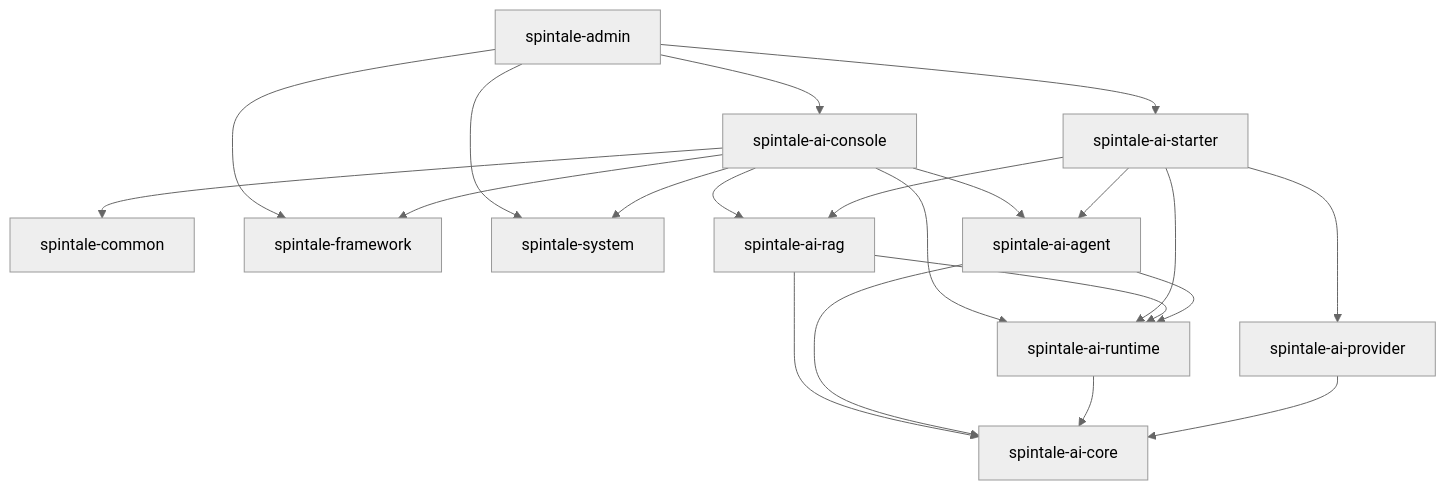
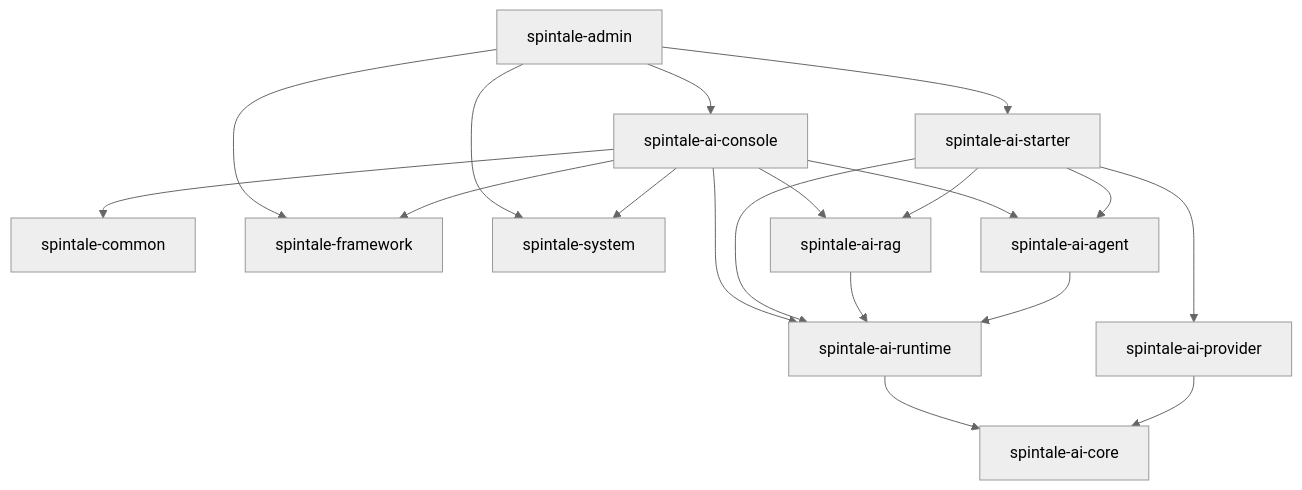
The diagram in docs/AI_PROPOSAL.md (quoteZZZ/SpinTale), drawn with Mermaid (neutral theme) before and after one commit. The commit also changed other lines of this file and 205 other files, not shown here.

````diff
--- a/docs/AI_PROPOSAL.md
+++ b/docs/AI_PROPOSAL.md
@@ -171,41 +169,38 @@
 ```mermaid
 flowchart TB
     ADMIN["spintale-admin"]
     COMMON["spintale-common"]
     FRAMEWORK["spintale-framework"]
     SYSTEM["spintale-system"]
 
     CONSOLE["spintale-ai-console"]
     STARTER["spintale-ai-starter"]
     RAG["spintale-ai-rag"]
     AGENT["spintale-ai-agent"]
     PROVIDER["spintale-ai-provider"]
     RUNTIME["spintale-ai-runtime"]
     CORE["spintale-ai-core"]
 
     ADMIN --> STARTER
     ADMIN --> CONSOLE
     ADMIN --> FRAMEWORK
     ADMIN --> SYSTEM
 
     CONSOLE --> COMMON
     CONSOLE --> FRAMEWORK
     CONSOLE --> SYSTEM
     CONSOLE --> RUNTIME
     CONSOLE --> RAG
     CONSOLE --> AGENT
 
     STARTER --> RUNTIME
     STARTER --> PROVIDER
     STARTER --> RAG
     STARTER --> AGENT
 
     RAG --> RUNTIME
-    RAG --> CORE
-
     AGENT --> RUNTIME
-    AGENT --> CORE
 
     RUNTIME --> CORE
     PROVIDER --> CORE
 ```
````
